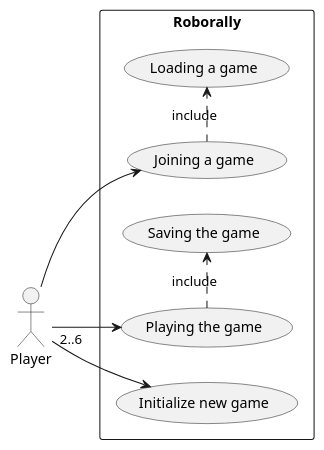
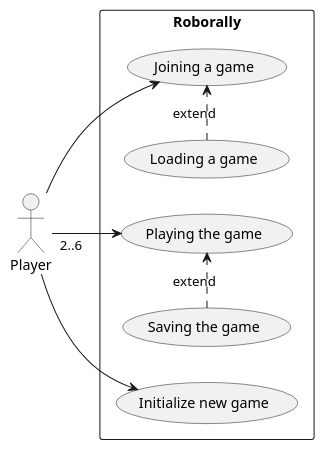
Before and after one commit to DTUSoftware/RoboRally-F22: the diagram in client/src/main/resources/UseCaseDiagram.puml, drawn with PlantUML.

Commit message:
some small changesdone

```diff
--- a/client/src/main/resources/UseCaseDiagram.puml
+++ b/client/src/main/resources/UseCaseDiagram.puml
@@ -1,20 +1,20 @@
 @startuml
 'https://plantuml.com/use-case-diagram
 left to right direction
 actor "Player" as Player
 rectangle Roborally {
     usecase "Initialize new game" as init
     usecase "Joining a game" as join
     usecase "Playing the game" as play
     usecase "Saving the game" as saving
     usecase "Loading a game" as load
-    join .> load: include
-    play .> saving: include
+    load .> join: extend
+    saving .> play: extend
 
 }
 Player --> init
 Player --> join
 Player "2..6"--> play
 
 
 @enduml
```
